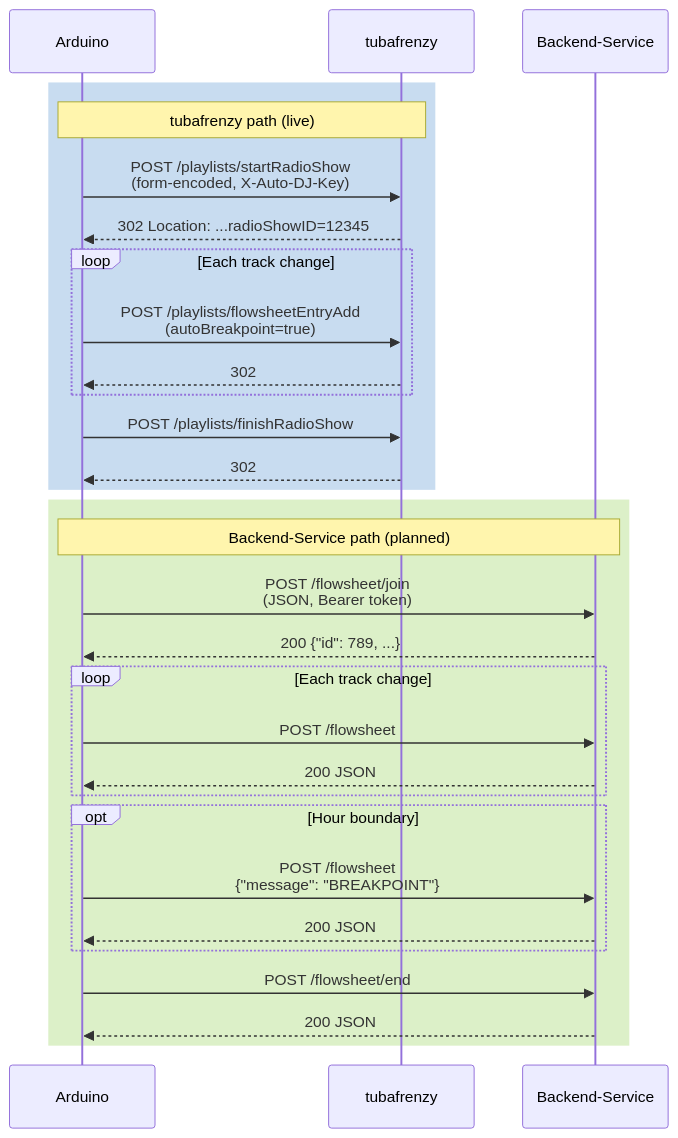
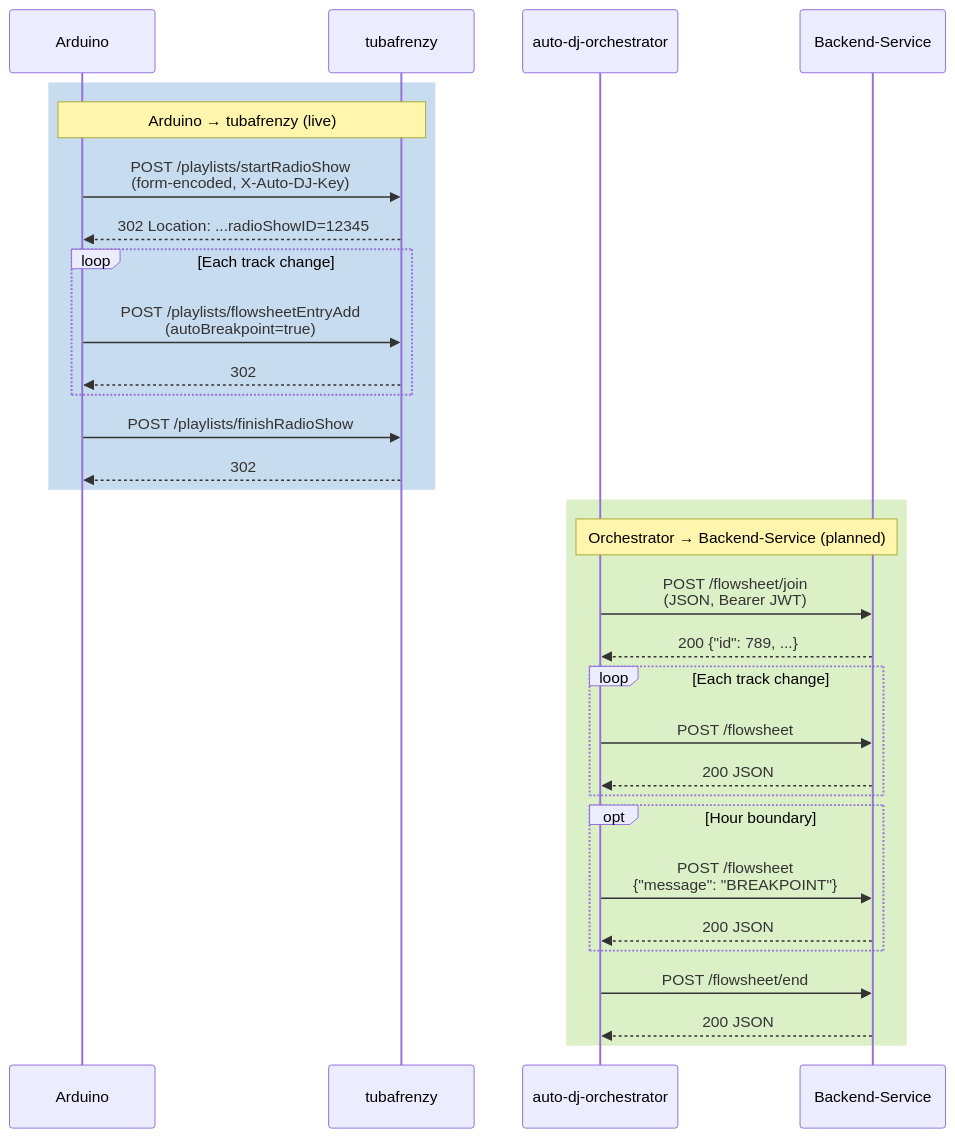
One commit to WXYC/auto-dj-arduino-switch changed the third of 16 diagrams in docs/networking-spec.md. Above: the diagram before and after it, drawn with Mermaid. The commit also changed other lines of this file, not shown here.

````diff
--- a/docs/networking-spec.md
+++ b/docs/networking-spec.md
@@ -509,39 +495,40 @@
 ```mermaid
 sequenceDiagram
     participant Arduino
     participant TF as tubafrenzy
+    participant ORCH as auto-dj-orchestrator
     participant BS as Backend-Service
 
     rect rgb(200, 220, 240)
-    Note over Arduino,TF: tubafrenzy path (live)
+    Note over Arduino,TF: Arduino → tubafrenzy (live)
     Arduino->>TF: POST /playlists/startRadioShow<br/>(form-encoded, X-Auto-DJ-Key)
     TF-->>Arduino: 302 Location: ...radioShowID=12345
 
     loop Each track change
         Arduino->>TF: POST /playlists/flowsheetEntryAdd<br/>(autoBreakpoint=true)
         TF-->>Arduino: 302
     end
 
     Arduino->>TF: POST /playlists/finishRadioShow
     TF-->>Arduino: 302
     end
 
     rect rgb(220, 240, 200)
-    Note over Arduino,BS: Backend-Service path (planned)
-    Arduino->>BS: POST /flowsheet/join<br/>(JSON, Bearer token)
-    BS-->>Arduino: 200 {"id": 789, ...}
+    Note over ORCH,BS: Orchestrator → Backend-Service (planned)
+    ORCH->>BS: POST /flowsheet/join<br/>(JSON, Bearer JWT)
+    BS-->>ORCH: 200 {"id": 789, ...}
 
     loop Each track change
-        Arduino->>BS: POST /flowsheet
-        BS-->>Arduino: 200 JSON
+        ORCH->>BS: POST /flowsheet
+        BS-->>ORCH: 200 JSON
     end
 
     opt Hour boundary
-        Arduino->>BS: POST /flowsheet<br/>{"message": "BREAKPOINT"}
-        BS-->>Arduino: 200 JSON
+        ORCH->>BS: POST /flowsheet<br/>{"message": "BREAKPOINT"}
+        BS-->>ORCH: 200 JSON
     end
 
-    Arduino->>BS: POST /flowsheet/end
-    BS-->>Arduino: 200 JSON
+    ORCH->>BS: POST /flowsheet/end
+    BS-->>ORCH: 200 JSON
     end
 ```
````
